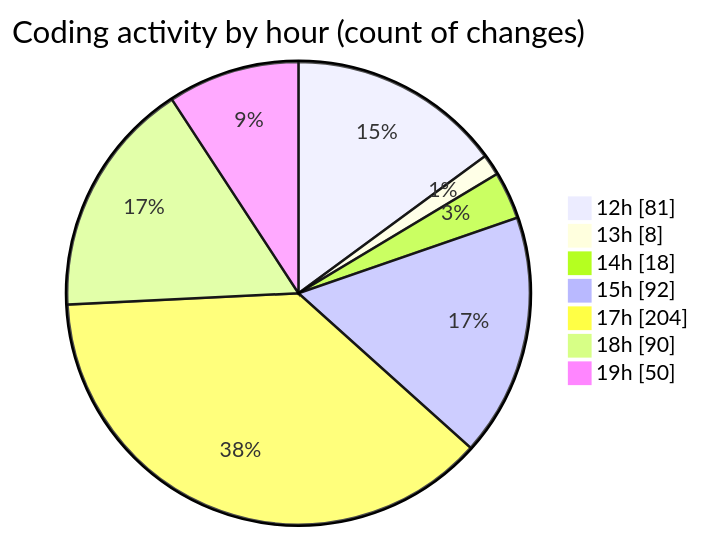
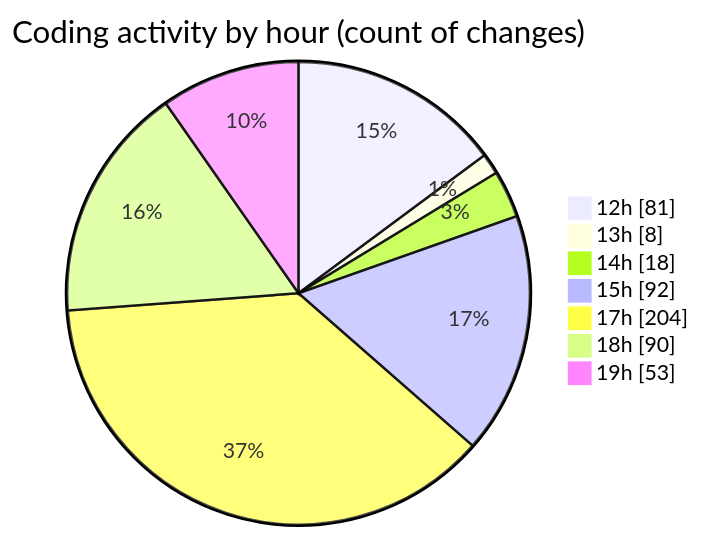
Before and after one commit to Ritupan-Deka/code-tracking: the second of 2 diagrams in 2025-12-28/rust/README.md, drawn with Mermaid. The commit also changed other lines of this file and 1 other file, not shown here.

````diff
--- a/2025-12-28/rust/README.md
+++ b/2025-12-28/rust/README.md
@@ -32,11 +32,11 @@
 ```mermaid
 pie showData
 title Coding activity by hour (count of changes)
 "12h" : 81
 "13h" : 8
 "14h" : 18
 "15h" : 92
 "17h" : 204
 "18h" : 90
-"19h" : 50
+"19h" : 53
 ```
````
